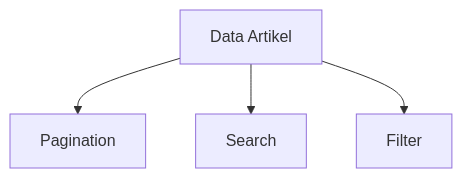
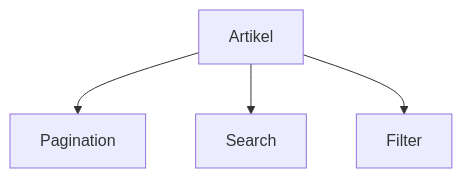
Before and after one commit to dnrprsty/Web2_Praktikum: the seventh of 10 diagrams in README.md, drawn with Mermaid. The commit also changed other lines of this file, not shown here.

````diff
--- a/README.md
+++ b/README.md
@@ -152,6 +346,6 @@
 ```mermaid
 flowchart TD
-    A[Data Artikel] --> B[Pagination]
+    A[Artikel] --> B[Pagination]
     A --> C[Search]
     A --> D[Filter]
 ```
````
